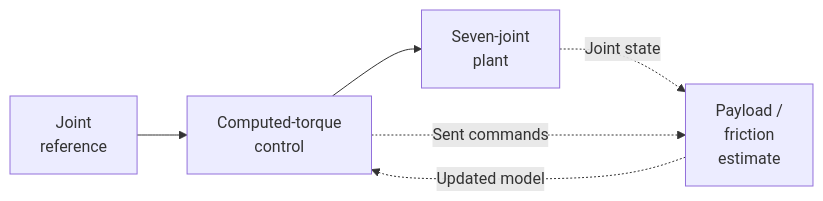
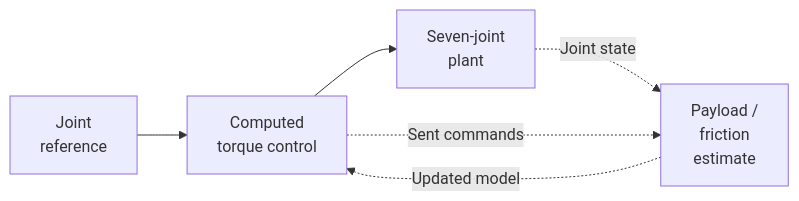
Before and after one commit to andrealo20/SARRL: the second of 2 diagrams in README.md, drawn with Mermaid. The commit also changed other lines of this file, not shown here.

Commit message:
Reserve space for native diagram controls

````diff
--- a/README.md
+++ b/README.md
@@ -82,8 +83,9 @@
 ```mermaid
+%%{init: {"flowchart": {"diagramPadding": 60}}}%%
 flowchart LR
-    reference["Joint<br/>reference"] --> torque["Computed-torque<br/>control"]
+    reference["Joint<br/>reference"] --> torque["Computed<br/>torque control"]
     torque --> robot["Seven-joint<br/>plant"]
     robot -. "Joint state" .-> estimate["Payload /<br/>friction<br/>estimate"]
     torque -. "Sent commands" .-> estimate
     estimate -. "Updated model" .-> torque
 ```
````
